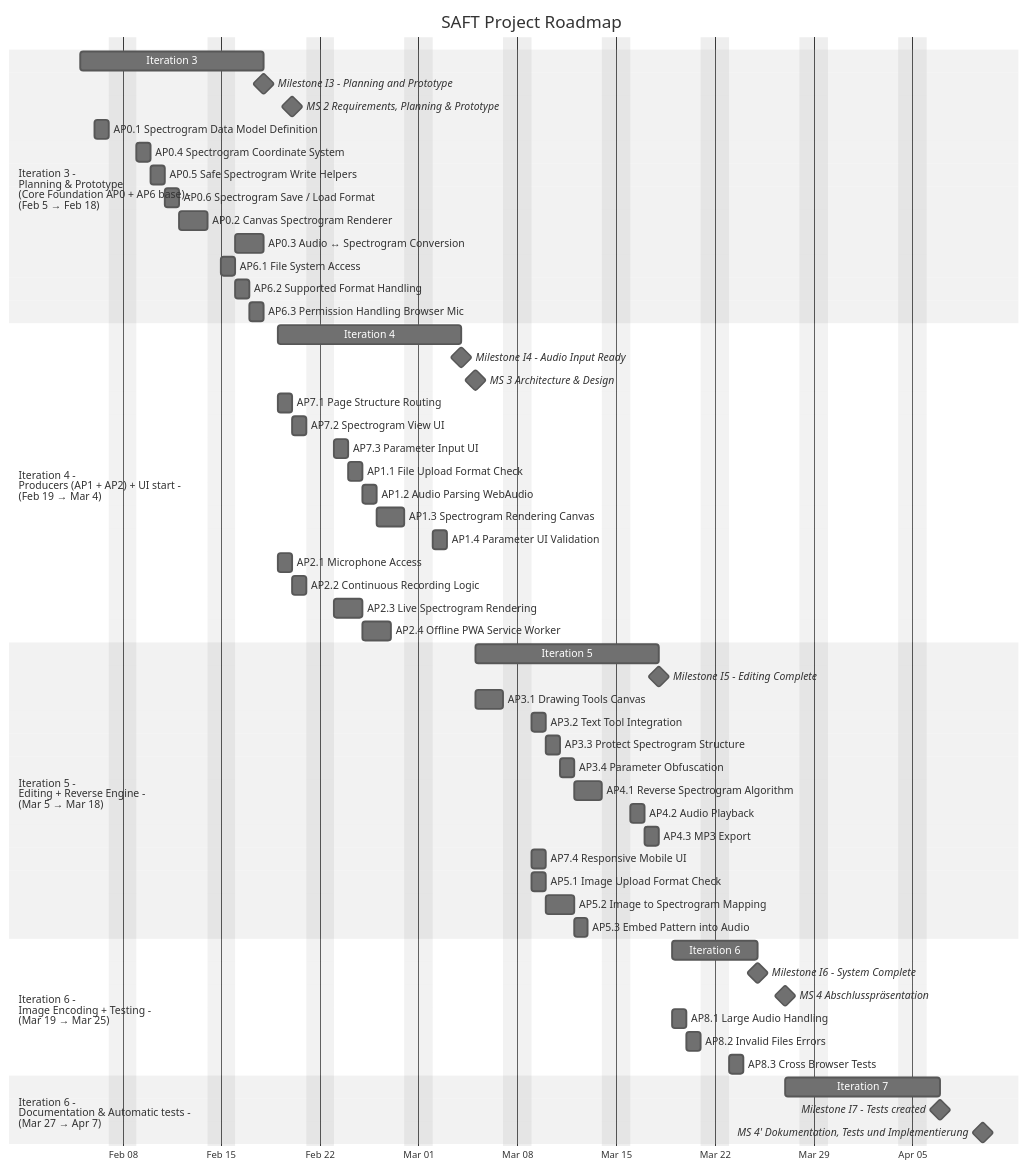
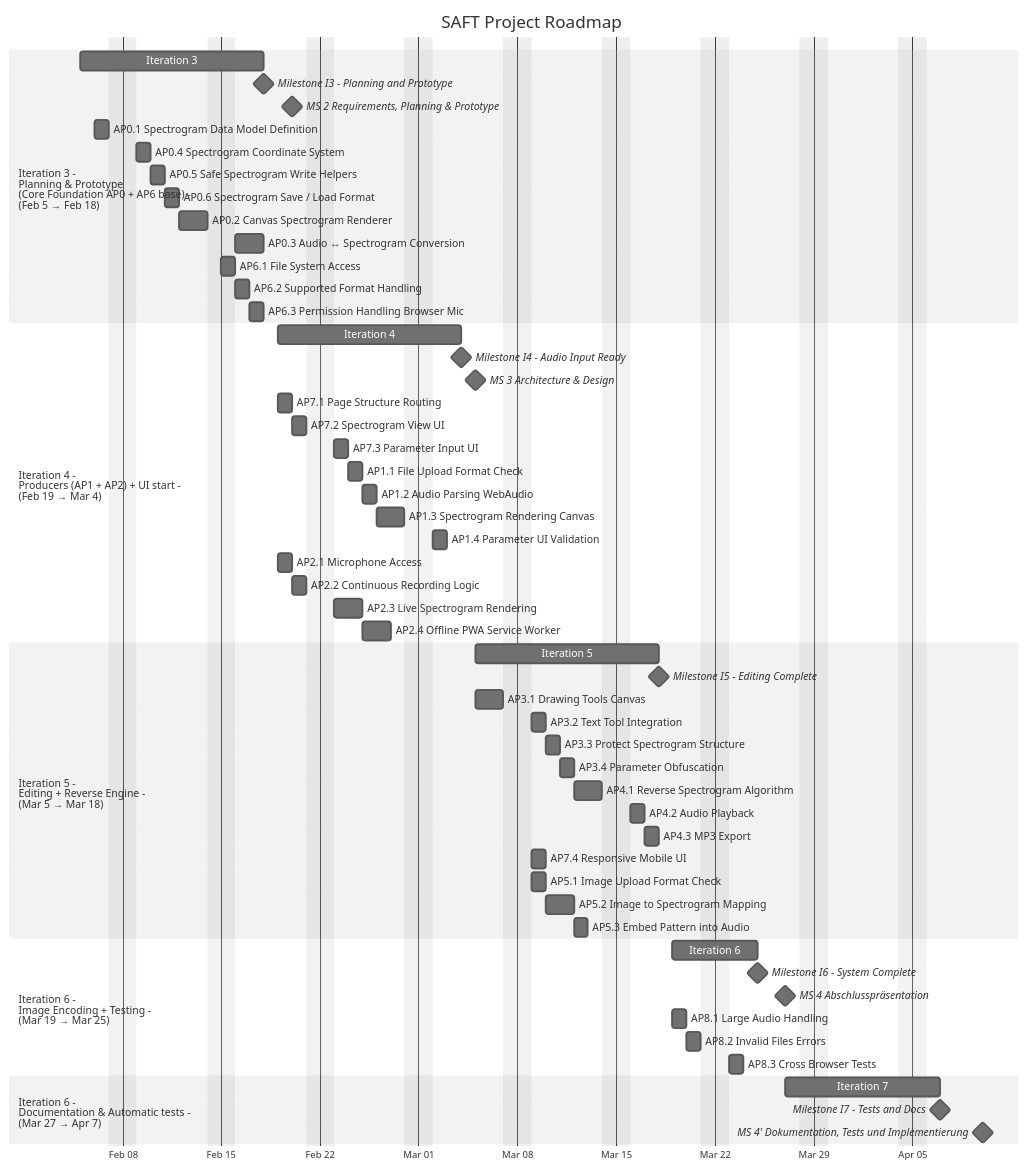
The diagram in docs/gantt.md (Advanced-Software-Engineering-23IKI1/saft), drawn with Mermaid (neutral theme) before and after one commit.

Commit message:
add update to milestone i7

```diff
--- a/docs/gantt.md
+++ b/docs/gantt.md
@@ -98,7 +98,7 @@
 %% -- Iteration 7 --
   section Iteration 6 - <br/>Documentation & Automatic tests - <br/>(Mar 27 → Apr 7)
   Iteration 7                  :i7, 2026-03-27, 7d
-  Milestone I7 - Tests created          :milestone, mi7, 2026-04-07, 0d
+  Milestone I7 - Tests and Docs          :milestone, mi7, 2026-04-07, 0d
   MS 4' Dokumentation, Tests und Implementierung              :milestone, ms4b, 2026-04-10, 0d
   
   %% -- Working Packages
```
